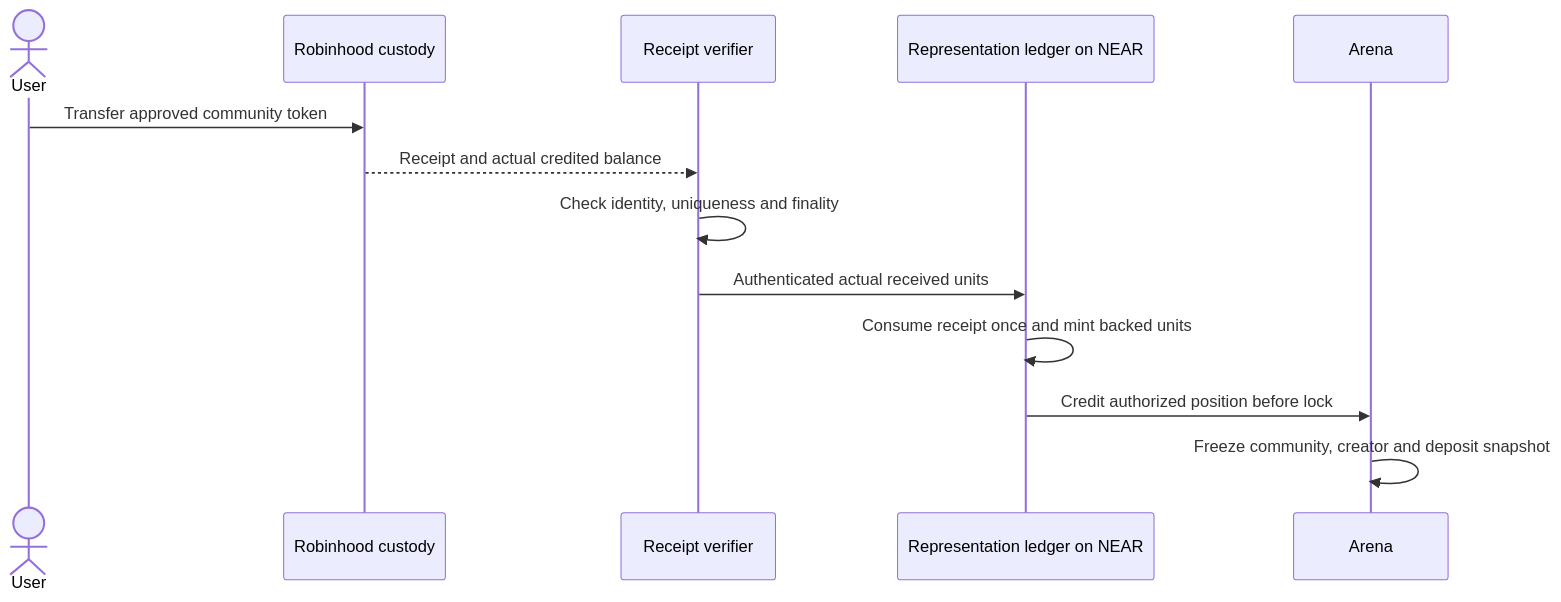
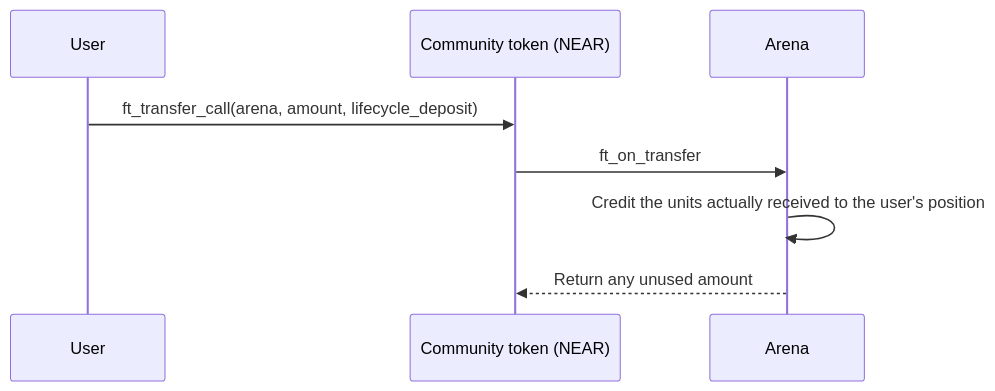
Before and after one commit to mferdinandr/valtrums: the second of 3 diagrams in docs/architecture.md, drawn with Mermaid. The commit also changed other lines of this file and 15 other files, not shown here.

Commit message:
docs: rewrite the current specs for the near-only flow

````diff
--- a/docs/architecture.md
+++ b/docs/architecture.md
@@ -61,15 +52,10 @@
 ```mermaid
 sequenceDiagram
-    actor U as User
-    participant C as Robinhood custody
-    participant V as Receipt verifier
-    participant R as Representation ledger on NEAR
+    participant U as User
+    participant T as Community token (NEAR)
     participant A as Arena
-    U->>C: Transfer approved community token
-    C-->>V: Receipt and actual credited balance
-    V->>V: Check identity, uniqueness and finality
-    V->>R: Authenticated actual received units
-    R->>R: Consume receipt once and mint backed units
-    R->>A: Credit authorized position before lock
-    A->>A: Freeze community, creator and deposit snapshot
+    U->>T: ft_transfer_call(arena, amount, lifecycle_deposit)
+    T->>A: ft_on_transfer
+    A->>A: Credit the units actually received to the user's position
+    A-->>T: Return any unused amount
 ```
````
